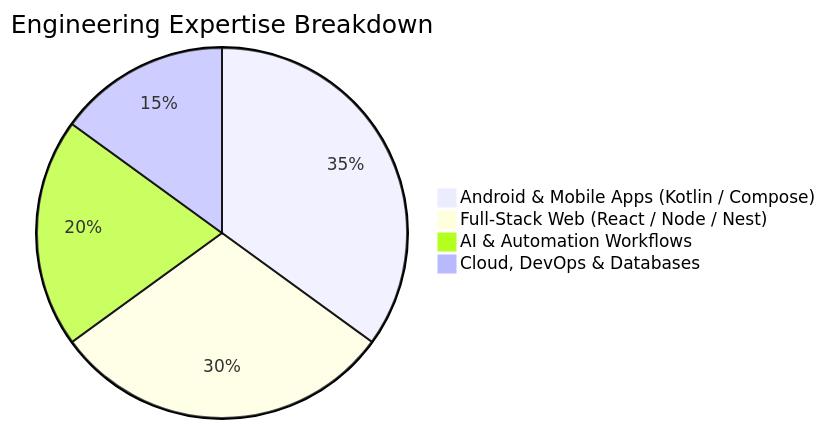
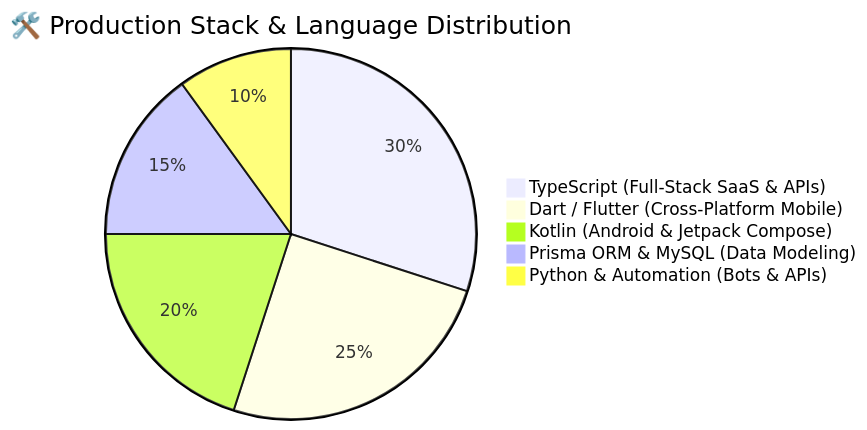
Before and after one commit to jayagarwal-github/jayagarwal-github: the first of 2 diagrams in README.md, drawn with Mermaid. The commit also changed other lines of this file, not shown here.

Commit message:
Highlight TypeScript, Dart, Flutter, Prisma ORM and SaaS engineering capabilities

````diff
--- a/README.md
+++ b/README.md
@@ -33,7 +33,8 @@
 ```mermaid
-pie title Engineering Expertise Breakdown
-    "Android & Mobile Apps (Kotlin / Compose)" : 35
-    "Full-Stack Web (React / Node / Nest)" : 30
-    "AI & Automation Workflows" : 20
-    "Cloud, DevOps & Databases" : 15
+pie title 🛠️ Production Stack & Language Distribution
+    "TypeScript (Full-Stack SaaS & APIs)" : 30
+    "Dart / Flutter (Cross-Platform Mobile)" : 25
+    "Kotlin (Android & Jetpack Compose)" : 20
+    "Prisma ORM & MySQL (Data Modeling)" : 15
+    "Python & Automation (Bots & APIs)" : 10
 ```
````
